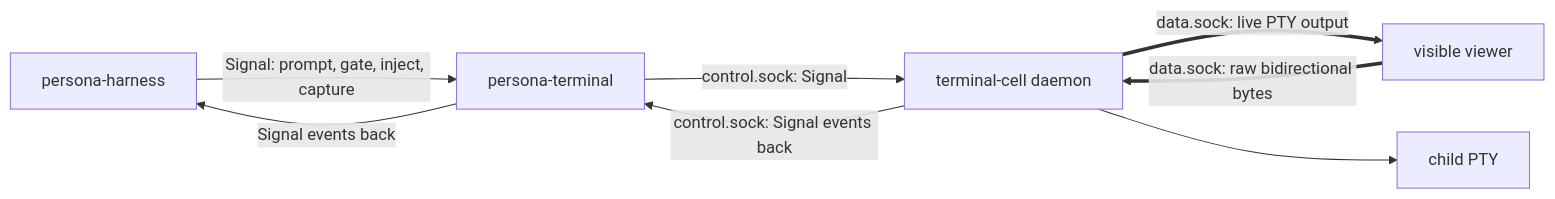
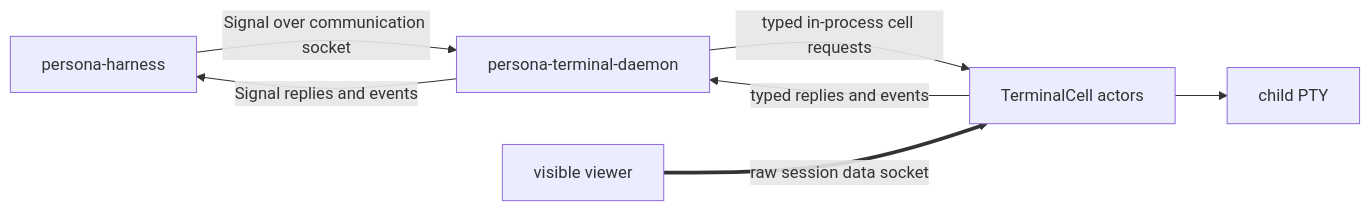
Before and after one commit to LiGoldragon/terminal: the diagram in ARCHITECTURE.md, drawn with Mermaid. The commit also changed other lines of this file and 7 other files, not shown here.

Commit message:
persona-terminal: answer session registry requests

````diff
--- a/ARCHITECTURE.md
+++ b/ARCHITECTURE.md
@@ -32,16 +34,15 @@
 ```mermaid
 flowchart LR
     harness["persona-harness"]
-    pt["persona-terminal"]
-    cell["terminal-cell daemon"]
+    terminal["persona-terminal-daemon"]
+    cell["TerminalCell actors"]
     viewer["visible viewer"]
-    pty["child PTY"]
+    child["child PTY"]
 
-    harness -- "Signal: prompt, gate, inject, capture" --> pt
-    pt -- "control.sock: Signal" --> cell
-    cell -- "control.sock: Signal events back" --> pt
-    pt -- "Signal events back" --> harness
-    viewer == "data.sock: raw bidirectional bytes" ==> cell
-    cell == "data.sock: live PTY output" ==> viewer
-    cell --> pty
+    harness -- "Signal over communication socket" --> terminal
+    terminal -- "typed in-process cell requests" --> cell
+    cell -- "typed replies and events" --> terminal
+    terminal -- "Signal replies and events" --> harness
+    viewer == "raw session data socket" ==> cell
+    cell --> child
 ```
````
